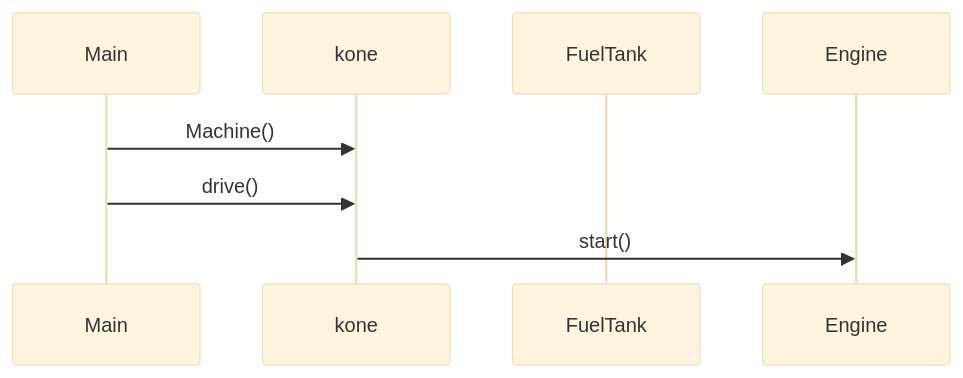
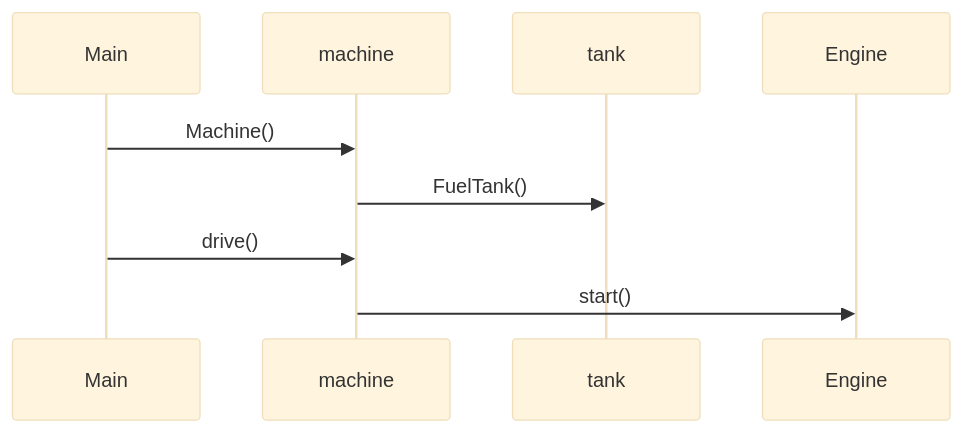
Before and after one commit to sohvip/ot-harjoitustyo: the diagram in laskarit/viikko3/sekvenssikaavio.md, drawn with Mermaid (base theme).

````diff
--- a/laskarit/viikko3/sekvenssikaavio.md
+++ b/laskarit/viikko3/sekvenssikaavio.md
@@ -1,10 +1,11 @@
 ```mermaid
   sequenceDiagram
       participant Main
-      participant kone
-      participant FuelTank
+      participant machine
+      participant tank
       participant Engine
-      Main ->> kone: Machine()
-      Main ->> kone: drive()
-      kone ->> Engine: start()
+      Main ->> machine: Machine()
+      machine ->> tank: FuelTank()
+      Main ->> machine: drive()
+      machine ->> Engine: start()
 ```
````
